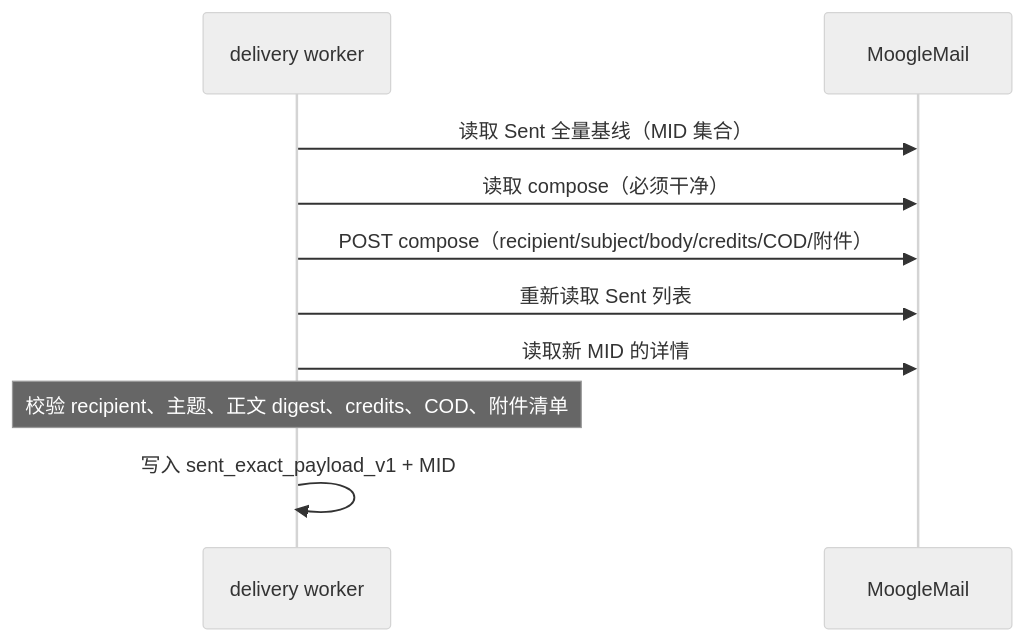
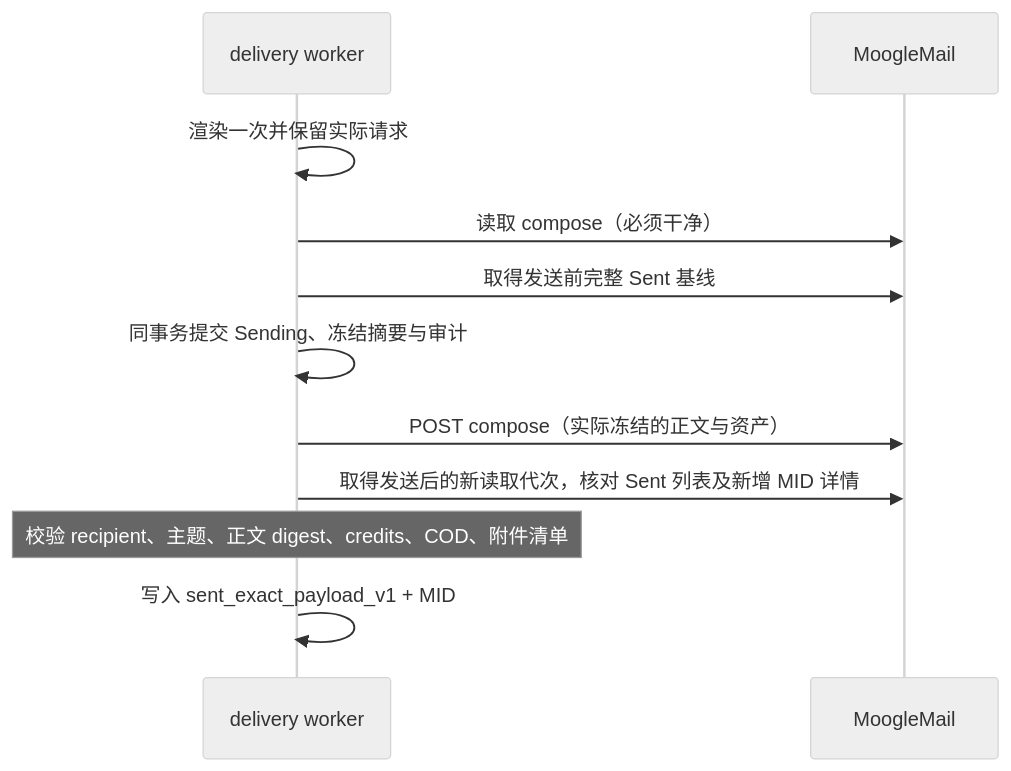
One commit to ngnlAYY/Auction changed the fifth of 7 diagrams in docs/guide/mooglemail-flow.md. Above: the diagram before and after it, drawn with Mermaid (neutral theme). The commit also changed other lines of this file and 64 other files, not shown here.

````diff
--- a/docs/guide/mooglemail-flow.md
+++ b/docs/guide/mooglemail-flow.md
@@ -130,12 +130,13 @@
 ```mermaid
 sequenceDiagram
   participant D as delivery worker
   participant M as MoogleMail
-  D->>M: 读取 Sent 全量基线（MID 集合）
+  D->>D: 渲染一次并保留实际请求
   D->>M: 读取 compose（必须干净）
-  D->>M: POST compose（recipient/subject/body/credits/COD/附件）
-  D->>M: 重新读取 Sent 列表
-  D->>M: 读取新 MID 的详情
+  D->>M: 取得发送前完整 Sent 基线
+  D->>D: 同事务提交 Sending、冻结摘要与审计
+  D->>M: POST compose（实际冻结的正文与资产）
+  D->>M: 取得发送后的新读取代次，核对 Sent 列表及新增 MID 详情
   Note over D: 校验 recipient、主题、正文 digest、credits、COD、附件清单
   D->>D: 写入 sent_exact_payload_v1 + MID
 ```
````
